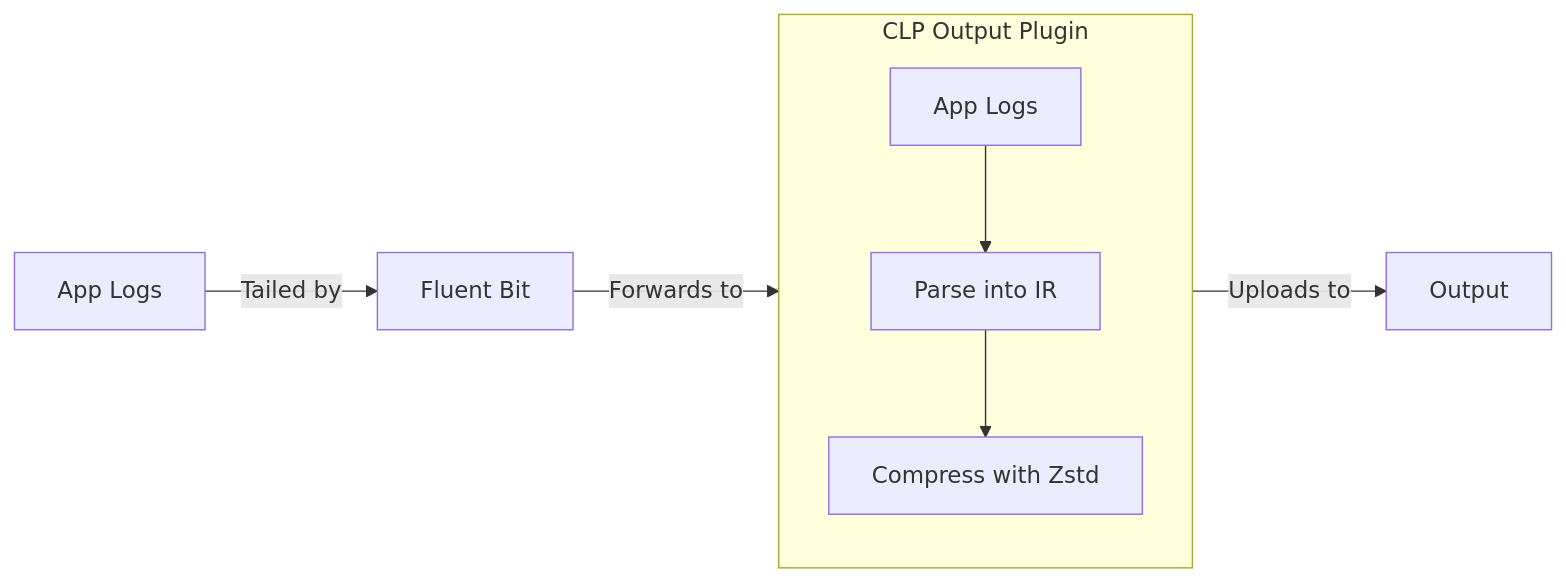
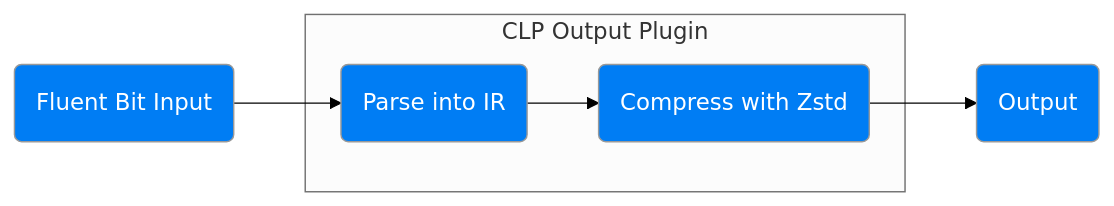
One commit to y-scope/fluent-bit-clp changed the diagram in README.md. Above: the diagram before and after it, drawn with Mermaid. The commit also changed other lines of this file, not shown here.

Commit message:
update diagram

````diff
--- a/README.md
+++ b/README.md
@@ -8,9 +8,11 @@
 ```mermaid
+%%{init: {'theme':'neutral','themeVariables': {'primaryBorderColor': 'black','lineColor': 'black'}}}%%
 flowchart LR
-    A[App Logs] --> |Tailed by| B[Fluent Bit]
-    B -->|Forwards to| clp
-    subgraph clp[CLP Output Plugin]
-    Logs[App Logs] --> D[Parse into IR] --> E[Compress with Zstd]
+    A(Fluent Bit Input) --> C
+    subgraph CLP Output Plugin
+    C(Parse into IR) --> D(Compress with Zstd)
     end
-    clp -->|Uploads to| F[Output]
+    D --> E(Output)
+    classDef format fill:#007DF4,color:white
+    class A,B,C,D,E format
 ```
````
